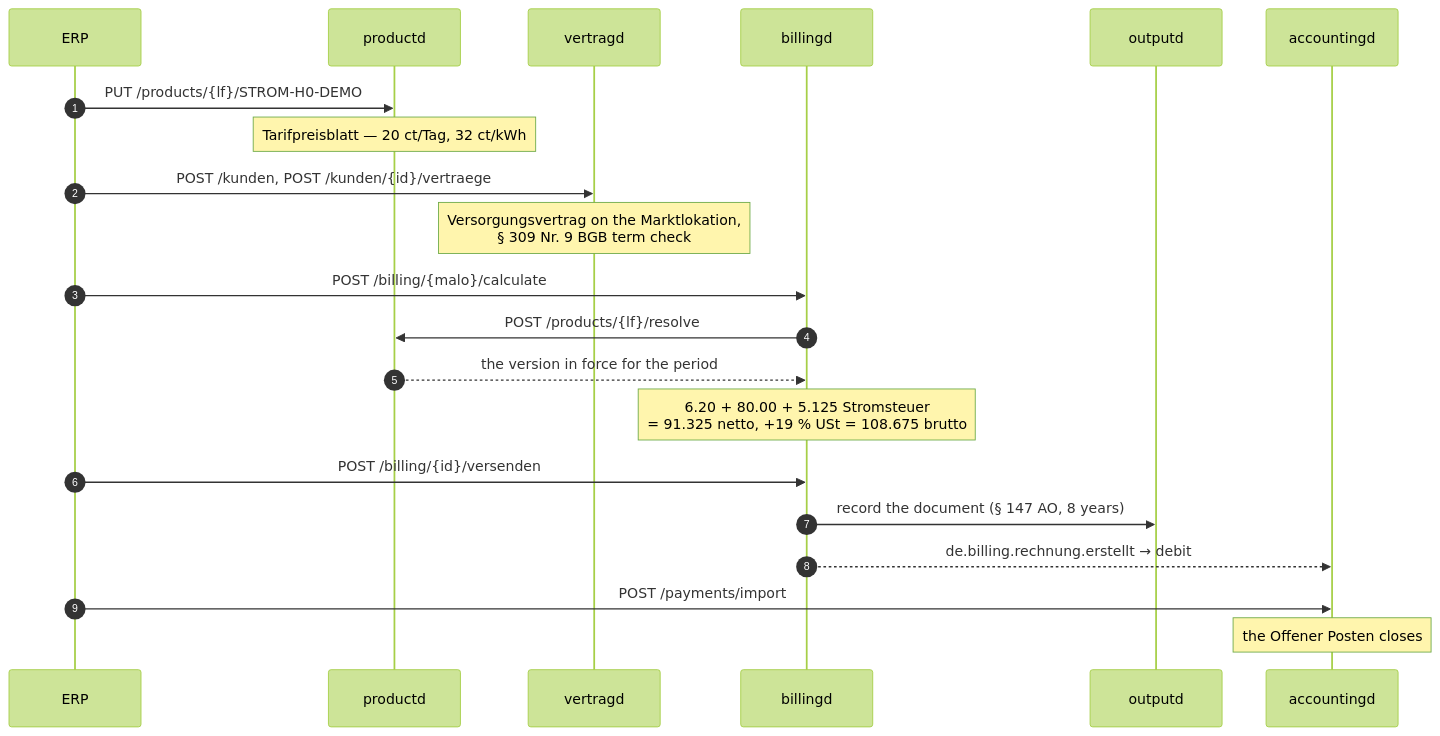
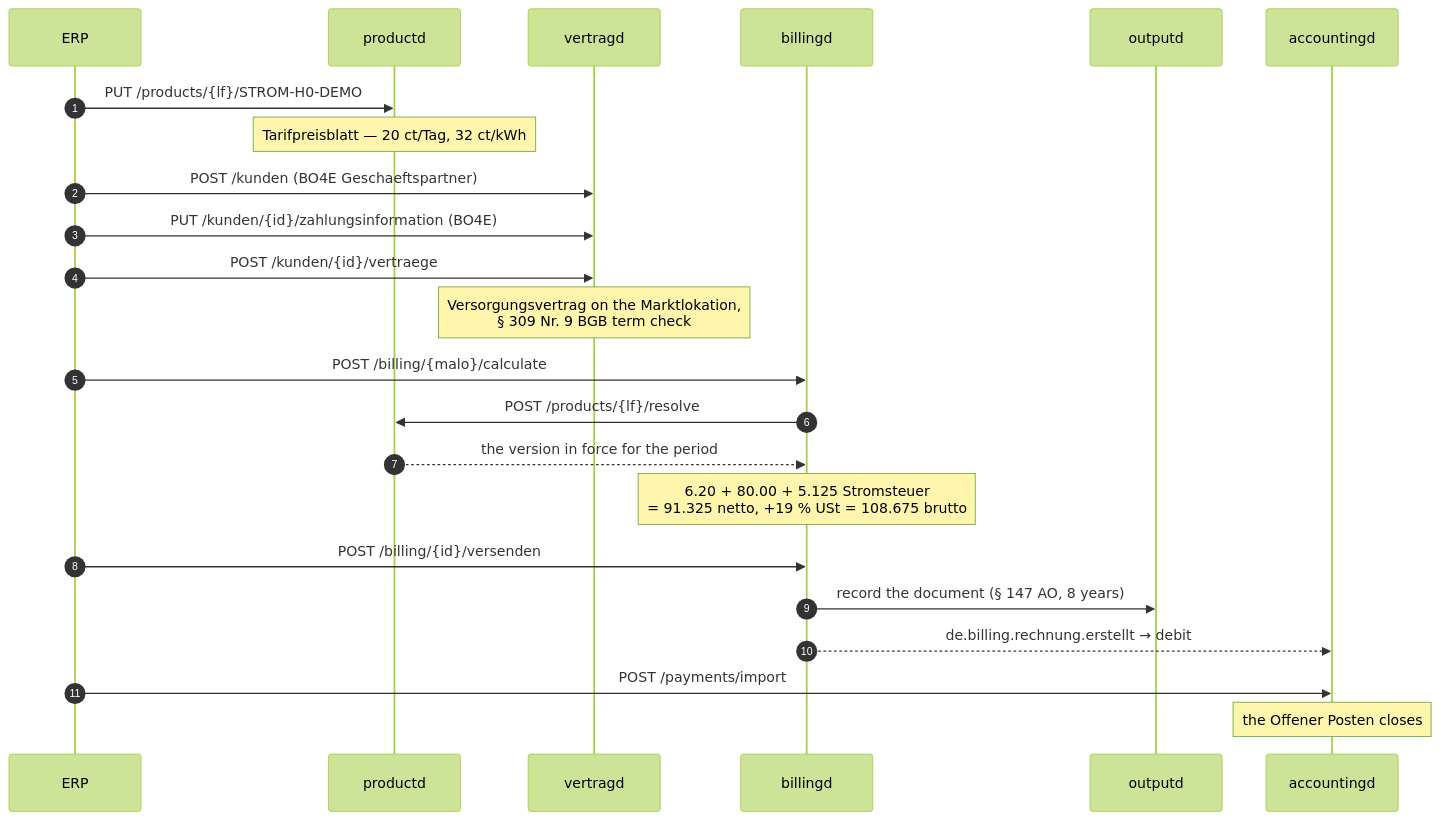
Before and after one commit to hupe1980/mako: the diagram in demos/o2c/README.md, drawn with Mermaid (forest theme). The commit also changed other lines of this file and 189 other files, not shown here.

````diff
--- a/demos/o2c/README.md
+++ b/demos/o2c/README.md
@@ -24,24 +24,26 @@
 ```mermaid
 sequenceDiagram
     autonumber
     participant ERP
     participant productd
     participant vertragd
     participant billingd
     participant outputd
     participant accountingd
 
     ERP->>productd: PUT /products/{lf}/STROM-H0-DEMO
     Note over productd: Tarifpreisblatt — 20 ct/Tag, 32 ct/kWh
-    ERP->>vertragd: POST /kunden, POST /kunden/{id}/vertraege
+    ERP->>vertragd: POST /kunden (BO4E Geschaeftspartner)
+    ERP->>vertragd: PUT /kunden/{id}/zahlungsinformation (BO4E)
+    ERP->>vertragd: POST /kunden/{id}/vertraege
     Note over vertragd: Versorgungsvertrag on the Marktlokation,<br/>§ 309 Nr. 9 BGB term check
     ERP->>billingd: POST /billing/{malo}/calculate
     billingd->>productd: POST /products/{lf}/resolve
     productd-->>billingd: the version in force for the period
     Note over billingd: 6.20 + 80.00 + 5.125 Stromsteuer<br/>= 91.325 netto, +19 % USt = 108.675 brutto
     ERP->>billingd: POST /billing/{id}/versenden
     billingd->>outputd: record the document (§ 147 AO, 8 years)
     billingd-->>accountingd: de.billing.rechnung.erstellt → debit
     ERP->>accountingd: POST /payments/import
     Note over accountingd: the Offener Posten closes
 ```
````
